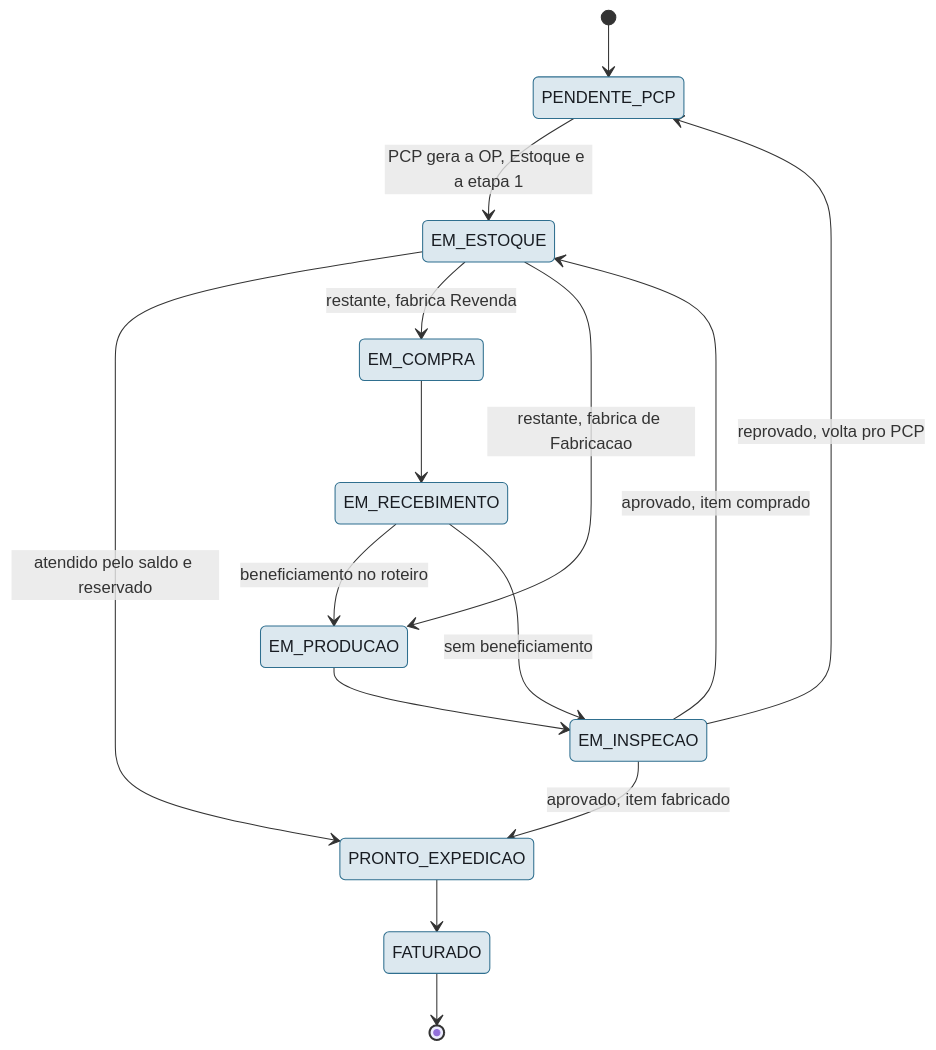
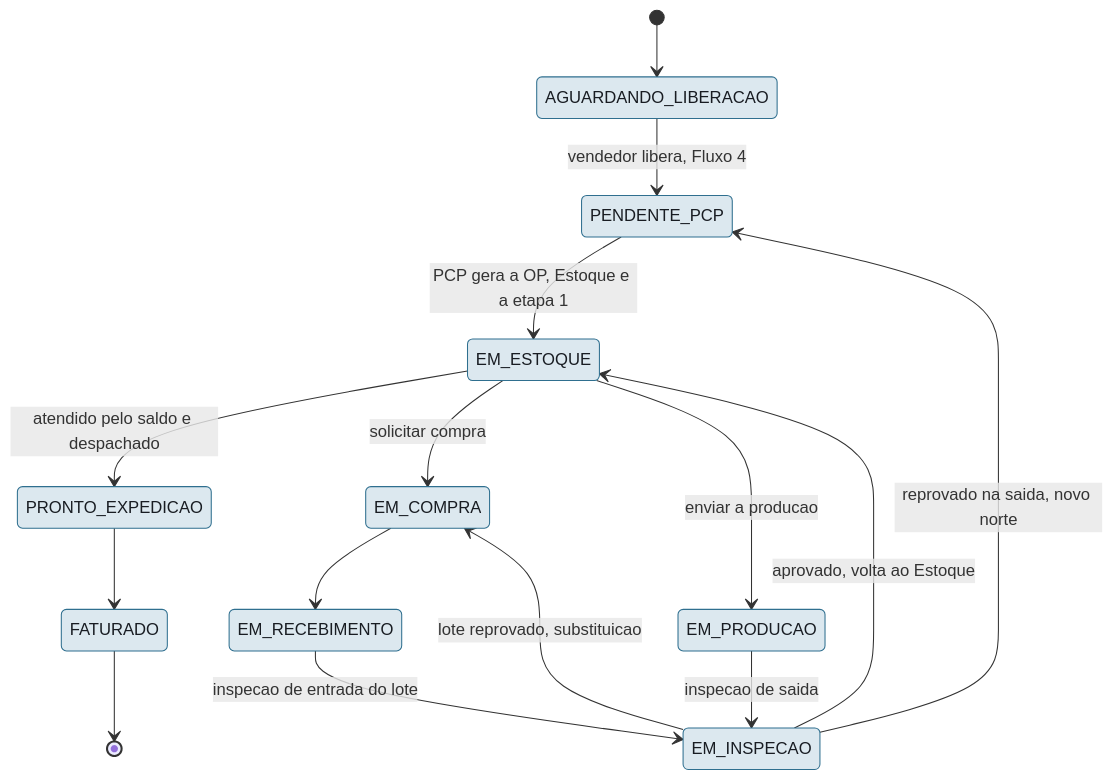
Before and after one commit to Acosvital/vault-avhub-mer: diagram 14 of 28 in 04-Arquitetura-Transversal/Diagramas-UML.md, drawn with Mermaid. The commit also changed other lines of this file and 3 other files, not shown here.

Commit message:
docs(vault): atualiza UML, fluxograma de telas, encaixe estoque/revenda e anexo 0003 do contrato 33

````diff
--- a/04-Arquitetura-Transversal/Diagramas-UML.md
+++ b/04-Arquitetura-Transversal/Diagramas-UML.md
@@ -896,20 +904,20 @@
 ```mermaid
 stateDiagram-v2
-    [*] --> PENDENTE_PCP
+    [*] --> AGUARDANDO_LIBERACAO
+    AGUARDANDO_LIBERACAO --> PENDENTE_PCP : vendedor libera, Fluxo 4
     PENDENTE_PCP --> EM_ESTOQUE : PCP gera a OP, Estoque e a etapa 1
-    EM_ESTOQUE --> PRONTO_EXPEDICAO : atendido pelo saldo e reservado
-    EM_ESTOQUE --> EM_COMPRA : restante, fabrica Revenda
-    EM_ESTOQUE --> EM_PRODUCAO : restante, fabrica de Fabricacao
+    EM_ESTOQUE --> PRONTO_EXPEDICAO : atendido pelo saldo e despachado
+    EM_ESTOQUE --> EM_COMPRA : solicitar compra
+    EM_ESTOQUE --> EM_PRODUCAO : enviar a producao
     EM_COMPRA --> EM_RECEBIMENTO
-    EM_RECEBIMENTO --> EM_PRODUCAO : beneficiamento no roteiro
-    EM_RECEBIMENTO --> EM_INSPECAO : sem beneficiamento
-    EM_PRODUCAO --> EM_INSPECAO
-    EM_INSPECAO --> PENDENTE_PCP : reprovado, volta pro PCP
-    EM_INSPECAO --> EM_ESTOQUE : aprovado, item comprado
-    EM_INSPECAO --> PRONTO_EXPEDICAO : aprovado, item fabricado
+    EM_RECEBIMENTO --> EM_INSPECAO : inspecao de entrada do lote
+    EM_PRODUCAO --> EM_INSPECAO : inspecao de saida
+    EM_INSPECAO --> EM_ESTOQUE : aprovado, volta ao Estoque
+    EM_INSPECAO --> EM_COMPRA : lote reprovado, substituicao
+    EM_INSPECAO --> PENDENTE_PCP : reprovado na saida, novo norte
     PRONTO_EXPEDICAO --> FATURADO
     FATURADO --> [*]
 
     classDef pcpStyle fill:#dce8ef,stroke:#2f6f8f,color:#181c22
-    class PENDENTE_PCP,EM_COMPRA,EM_PRODUCAO,EM_ESTOQUE,EM_RECEBIMENTO,EM_INSPECAO,PRONTO_EXPEDICAO,FATURADO pcpStyle
+    class AGUARDANDO_LIBERACAO,PENDENTE_PCP,EM_COMPRA,EM_PRODUCAO,EM_ESTOQUE,EM_RECEBIMENTO,EM_INSPECAO,PRONTO_EXPEDICAO,FATURADO pcpStyle
 ```
````
